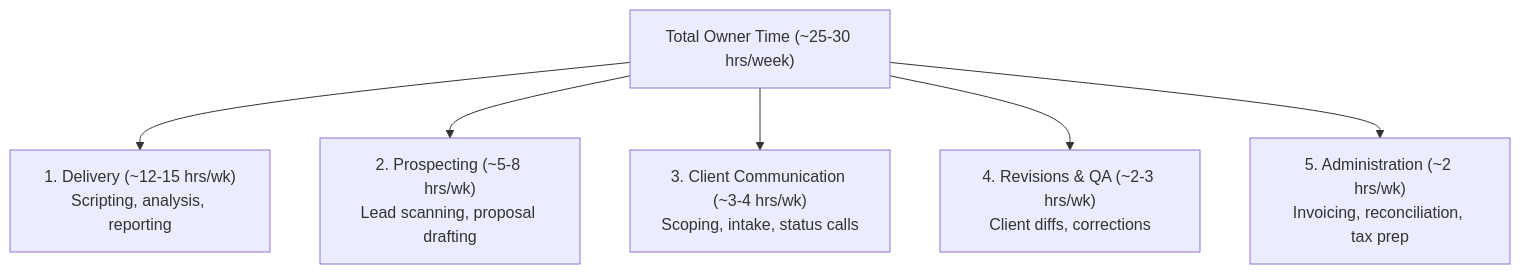
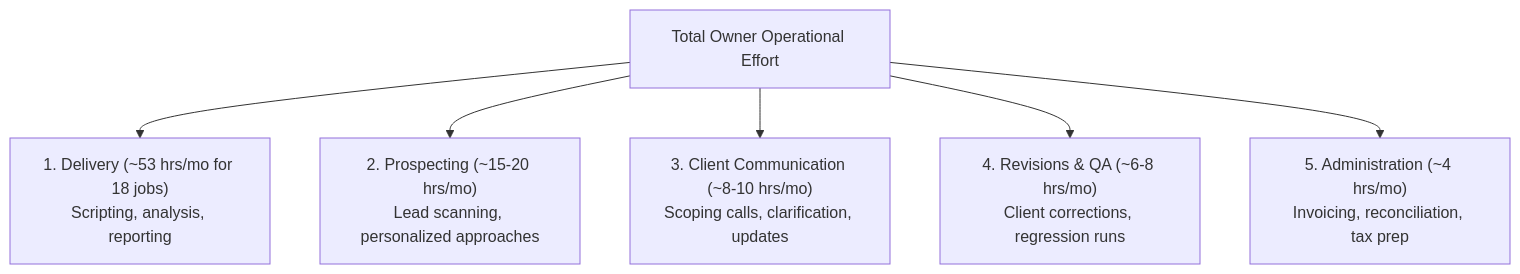
The first of 2 diagrams in commercial/PRICING_AND_UNIT_ECONOMICS.md (bhavesh20042006/SOLOEARN), drawn with Mermaid before and after one commit. The commit also changed other lines of this file and 8 other files, not shown here.

````diff
--- a/commercial/PRICING_AND_UNIT_ECONOMICS.md
+++ b/commercial/PRICING_AND_UNIT_ECONOMICS.md
@@ -117,8 +179,8 @@
 ```mermaid
 flowchart TD
-    O["Total Owner Time (~25-30 hrs/week)"] --> D["1. Delivery (~12-15 hrs/wk)<br>Scripting, analysis, reporting"]
-    O --> P["2. Prospecting (~5-8 hrs/wk)<br>Lead scanning, proposal drafting"]
-    O --> C["3. Client Communication (~3-4 hrs/wk)<br>Scoping, intake, status calls"]
-    O --> R["4. Revisions & QA (~2-3 hrs/wk)<br>Client diffs, corrections"]
-    O --> A["5. Administration (~2 hrs/wk)<br>Invoicing, reconciliation, tax prep"]
+    O["Total Owner Operational Effort"] --> D["1. Delivery (~53 hrs/mo for 18 jobs)<br>Scripting, analysis, reporting"]
+    O --> P["2. Prospecting (~15-20 hrs/mo)<br>Lead scanning, personalized approaches"]
+    O --> C["3. Client Communication (~8-10 hrs/mo)<br>Scoping calls, clarification, updates"]
+    O --> R["4. Revisions & QA (~6-8 hrs/mo)<br>Client corrections, regression runs"]
+    O --> A["5. Administration (~4 hrs/mo)<br>Invoicing, reconciliation, tax prep"]
 ```
````
